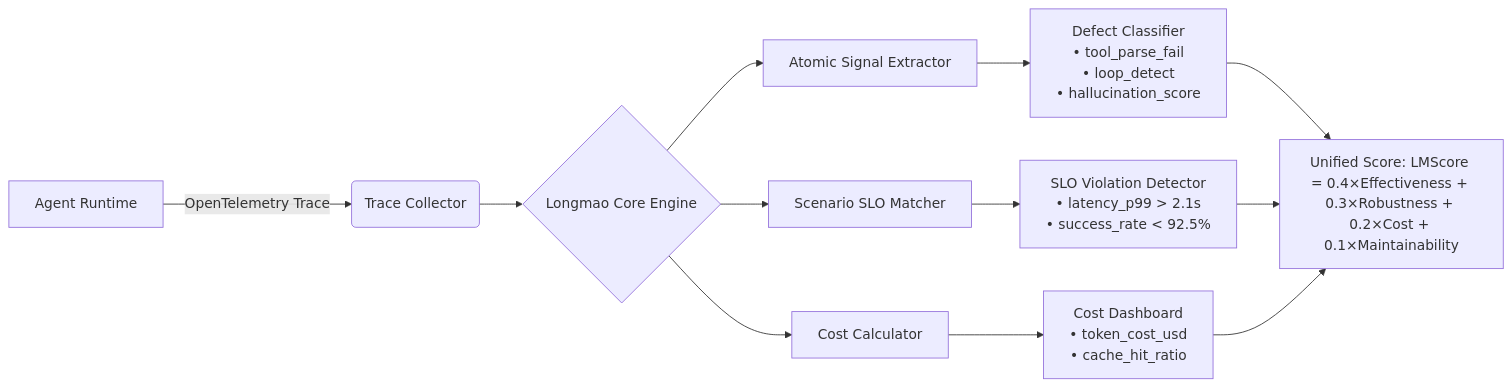
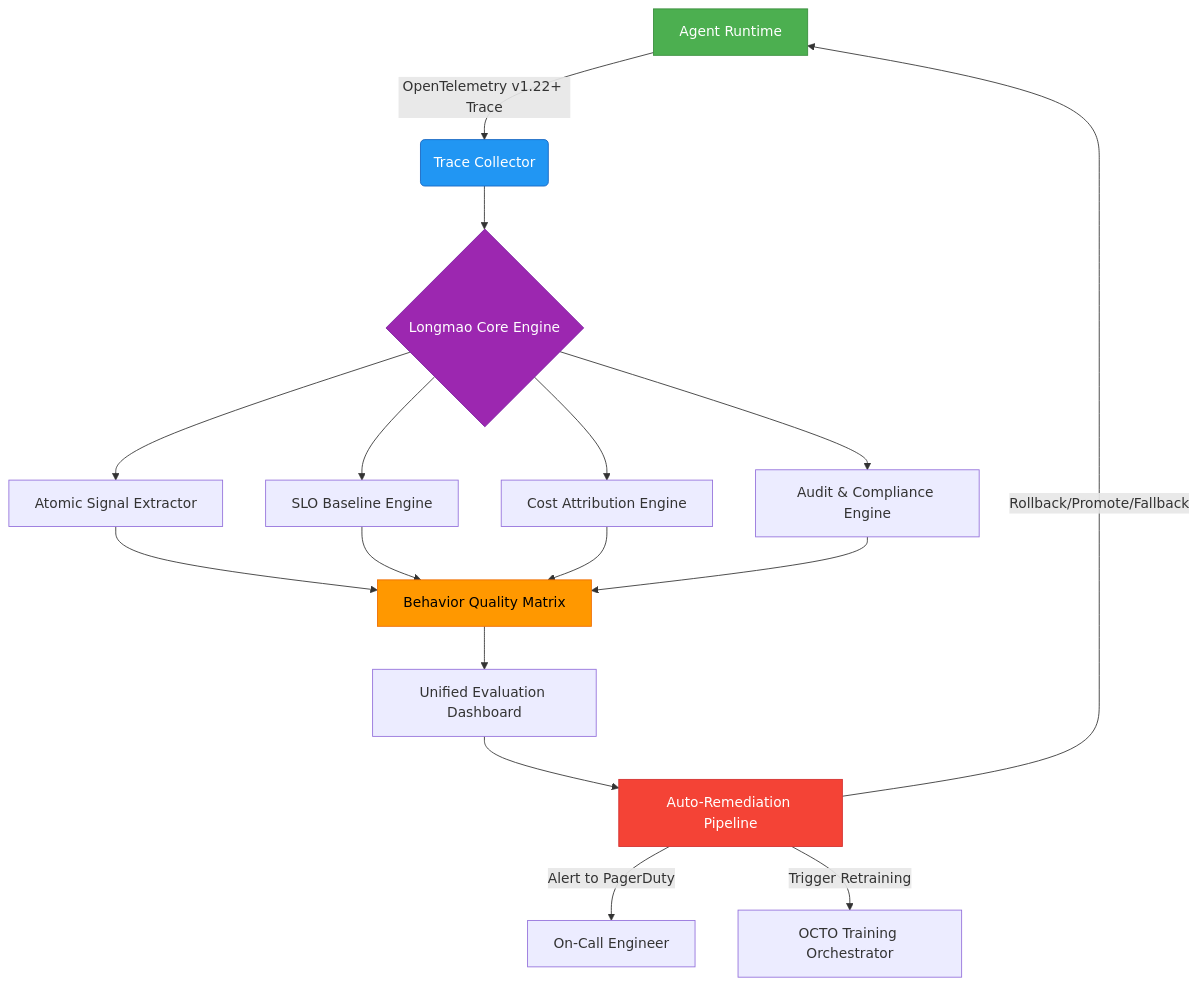
One commit to liuwei1993/ai-llm-agent-knowledge changed the diagram in 12-Agent评估与监控/美团龙猫评估方法.md. Above: the diagram before and after it, drawn with Mermaid. The commit also changed other lines of this file and 1 other file, not shown here.

````diff
--- a/12-Agent评估与监控/美团龙猫评估方法.md
+++ b/12-Agent评估与监控/美团龙猫评估方法.md
@@ -33,12 +43,24 @@
 ```mermaid
-graph LR
-A[Agent Runtime] -->|OpenTelemetry Trace| B(Trace Collector)
-B --> C{Longmao Core Engine}
-C --> D[Atomic Signal Extractor]
-C --> E[Scenario SLO Matcher]
-C --> F[Cost Calculator]
-D --> G[Defect Classifier<br>• tool_parse_fail<br>• loop_detect<br>• hallucination_score]
-E --> H[SLO Violation Detector<br>• latency_p99 > 2.1s<br>• success_rate < 92.5%]
-F --> I[Cost Dashboard<br>• token_cost_usd<br>• cache_hit_ratio]
-G & H & I --> J[Unified Score: LMScore = 0.4×Effectiveness + 0.3×Robustness + 0.2×Cost + 0.1×Maintainability]
+graph TD
+    A[Agent Runtime] -->|OpenTelemetry v1.22+ Trace| B(Trace Collector)
+    B --> C{Longmao Core Engine}
+    C --> D[Atomic Signal Extractor]
+    C --> E[SLO Baseline Engine]
+    C --> F[Cost Attribution Engine]
+    C --> G[Audit & Compliance Engine]
+    D --> H[Behavior Quality Matrix]
+    E --> H
+    F --> H
+    G --> H
+    H --> I[Unified Evaluation Dashboard]
+    I --> J[Auto-Remediation Pipeline]
+    J -->|Rollback/Promote/Fallback| A
+    J -->|Alert to PagerDuty| K[On-Call Engineer]
+    J -->|Trigger Retraining| L[OCTO Training Orchestrator]
+
+    style A fill:#4CAF50,stroke:#388E3C,color:white
+    style B fill:#2196F3,stroke:#1565C0,color:white
+    style C fill:#9C27B0,stroke:#7B1FA2,color:white
+    style H fill:#FF9800,stroke:#EF6C00,color:black
+    style J fill:#F44336,stroke:#D32F2F,color:white
 ```
````
